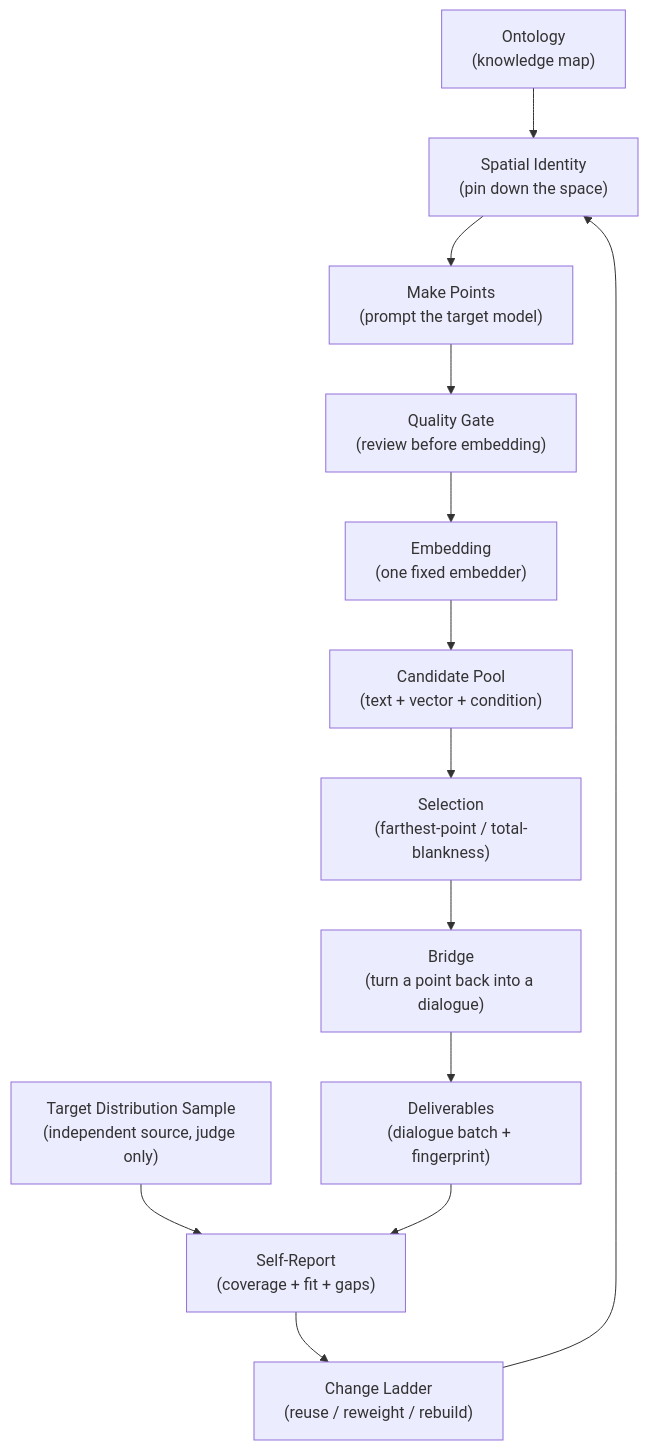
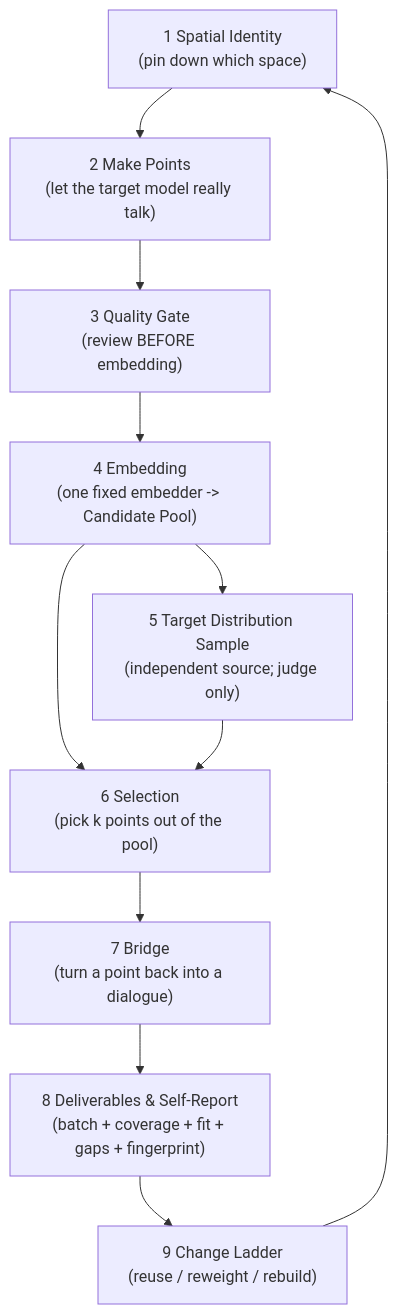
One commit to godthrone/anchor-replay-distillation changed the second of 3 diagrams in docs/ard-algorithm.md. Above: the diagram before and after it, drawn with Mermaid. The commit also changed other lines of this file and 1 other file, not shown here.

Commit message:
docs: make the algorithm doc macro and split measurement methods out

````diff
--- a/docs/ard-algorithm.md
+++ b/docs/ard-algorithm.md
@@ -37,15 +66,13 @@
 ```mermaid
 flowchart TD
-    A["Ontology<br/>(knowledge map)"] --> B["Spatial Identity<br/>(pin down the space)"]
-    B --> C["Make Points<br/>(prompt the target model)"]
-    C --> D["Quality Gate<br/>(review before embedding)"]
-    D --> E["Embedding<br/>(one fixed embedder)"]
-    E --> F["Candidate Pool<br/>(text + vector + condition)"]
-    F --> G["Selection<br/>(farthest-point / total-blankness)"]
-    G --> H["Bridge<br/>(turn a point back into a dialogue)"]
-    H --> I["Deliverables<br/>(dialogue batch + fingerprint)"]
-    J["Target Distribution Sample<br/>(independent source, judge only)"] --> K["Self-Report<br/>(coverage + fit + gaps)"]
-    I --> K
-    K --> L["Change Ladder<br/>(reuse / reweight / rebuild)"]
-    L --> B
+    A["1 Spatial Identity<br/>(pin down which space)"] --> B["2 Make Points<br/>(let the target model really talk)"]
+    B --> C["3 Quality Gate<br/>(review BEFORE embedding)"]
+    C --> D["4 Embedding<br/>(one fixed embedder -> Candidate Pool)"]
+    D --> E["5 Target Distribution Sample<br/>(independent source; judge only)"]
+    D --> F["6 Selection<br/>(pick k points out of the pool)"]
+    E --> F
+    F --> G["7 Bridge<br/>(turn a point back into a dialogue)"]
+    G --> H["8 Deliverables &amp; Self-Report<br/>(batch + coverage + fit + gaps + fingerprint)"]
+    H --> I["9 Change Ladder<br/>(reuse / reweight / rebuild)"]
+    I --> A
 ```
````
